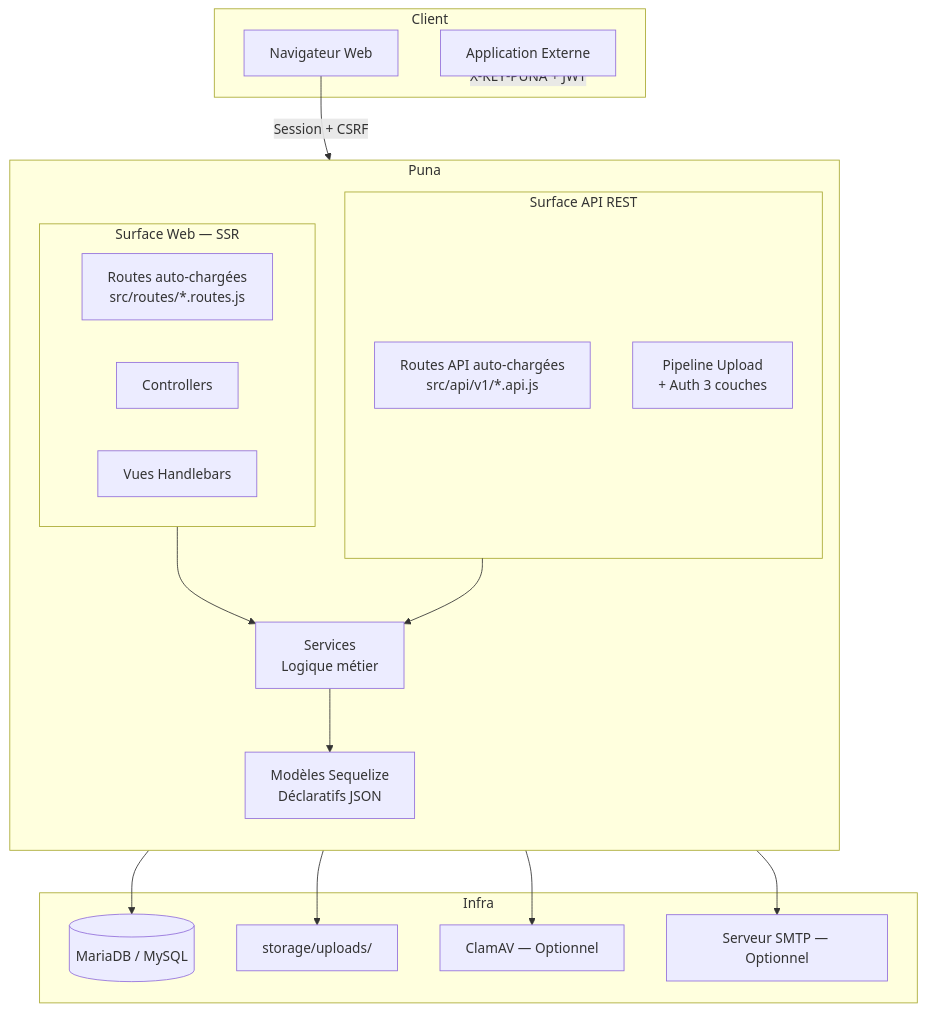
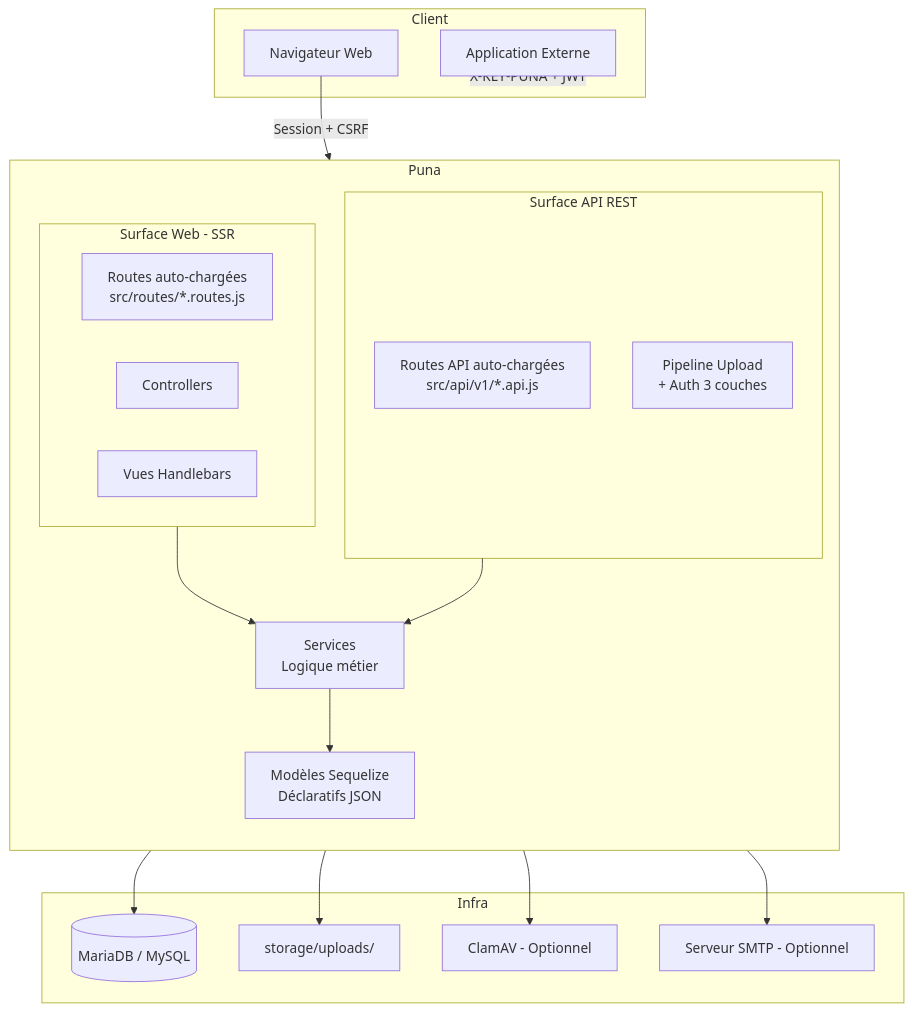
One commit to FabioDevCode/Puna changed the diagram in README.md. Above: the diagram before and after it, drawn with Mermaid. The commit also changed other lines of this file and 12 other files, not shown here.

````diff
--- a/README.md
+++ b/README.md
@@ -397,41 +477,41 @@
 ```mermaid
 graph TB
     subgraph Client
         Browser[Navigateur Web]
         ExtApp[Application Externe]
     end
 
     subgraph Puna
         direction TB
-        subgraph Web["Surface Web — SSR"]
+        subgraph Web["Surface Web - SSR"]
             Routes["Routes auto-chargées<br/>src/routes/*.routes.js"]
             Controllers[Controllers]
             Views[Vues Handlebars]
         end
 
         subgraph API["Surface API REST"]
             ApiRoutes["Routes API auto-chargées<br/>src/api/v1/*.api.js"]
             ApiMiddlewares["Pipeline Upload<br/>+ Auth 3 couches"]
         end
 
         Services["Services<br/>Logique métier"]
         Models["Modèles Sequelize<br/>Déclaratifs JSON"]
     end
 
     subgraph Infra
         DB[(MariaDB / MySQL)]
         Storage["storage/uploads/"]
-        ClamAV["ClamAV — Optionnel"]
-        SMTP["Serveur SMTP — Optionnel"]
+        ClamAV["ClamAV - Optionnel"]
+        SMTP["Serveur SMTP - Optionnel"]
     end
 
     Browser -->|Session + CSRF| Web
     ExtApp -->|"X-KEY-PUNA + JWT"| API
     Web --> Services
     API --> Services
     Services --> Models
     Models --> DB
     Services --> Storage
     ApiMiddlewares --> ClamAV
     Services --> SMTP
 ```
````
